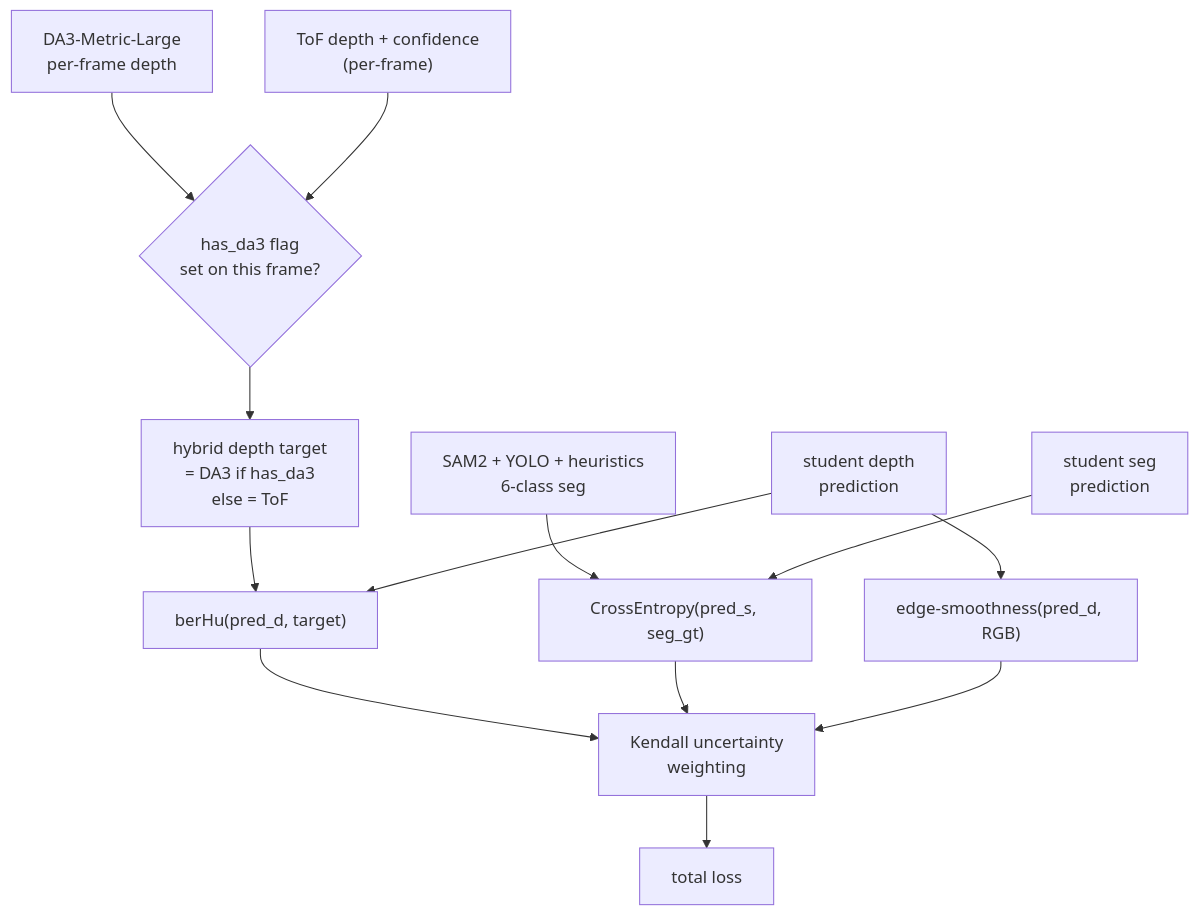
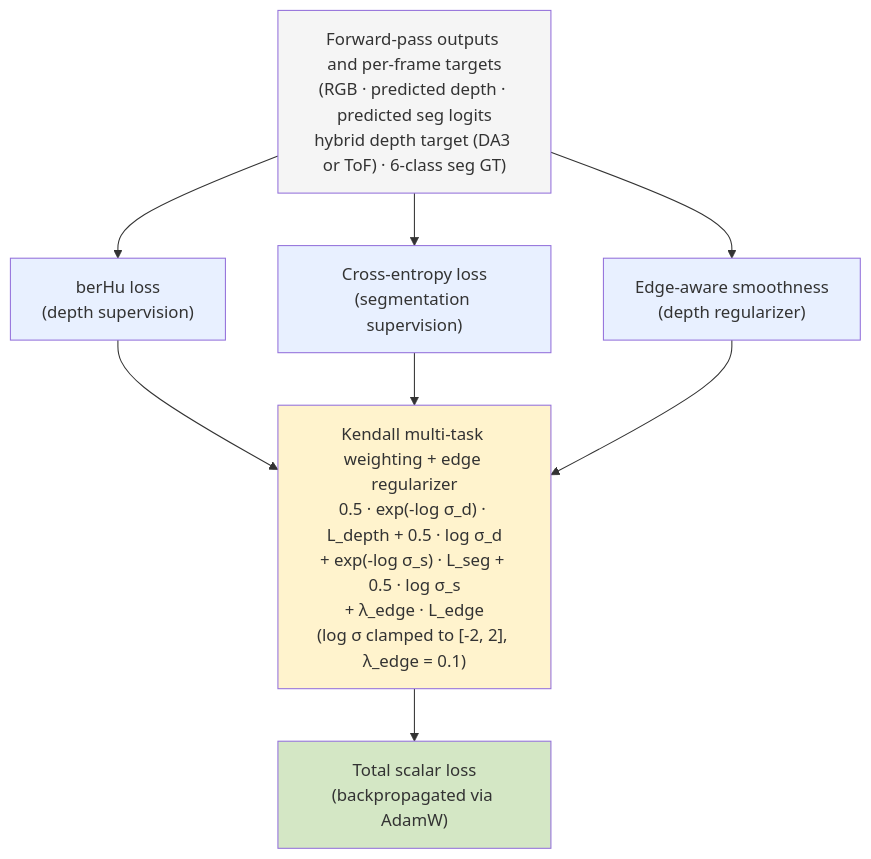
The fourth of 4 diagrams in docs/architecture.md (Nishant-ZFYII/ml_inference), drawn with Mermaid before and after one commit. The commit also changed other lines of this file and 6 other files, not shown here.

```diff
--- a/docs/architecture.md
+++ b/docs/architecture.md
@@ -166,32 +136,23 @@
 <div class="mermaid">
 flowchart TB
-    DA3["DA3-Metric-Large<br/>per-frame depth"]
-    TOF_GT["ToF depth + confidence<br/>(per-frame)"]
-    SEG_GT["SAM2 + YOLO + heuristics<br/>6-class seg"]
+    INPUTS["Forward-pass outputs and per-frame targets<br/>(RGB · predicted depth · predicted seg logits<br/>hybrid depth target (DA3 or ToF) · 6-class seg GT)"]
 
-    HYB{"has_da3 flag<br/>set on this frame?"}
-    TARGET["hybrid depth target<br/>= DA3 if has_da3<br/>else = ToF"]
+    INPUTS --> BERHU["berHu loss<br/>(depth supervision)"]
+    INPUTS --> CE["Cross-entropy loss<br/>(segmentation supervision)"]
+    INPUTS --> EDGE["Edge-aware smoothness<br/>(depth regularizer)"]
 
-    PRED_D["student depth<br/>prediction"]
-    PRED_S["student seg<br/>prediction"]
+    BERHU --> KENDALL
+    CE --> KENDALL
+    EDGE --> KENDALL
 
-    LD["berHu(pred_d, target)"]
-    LS["CrossEntropy(pred_s, seg_gt)"]
-    LE["edge-smoothness(pred_d, RGB)"]
+    KENDALL["Kendall multi-task weighting + edge regularizer<br/>0.5 · exp(-log σ_d) · L_depth + 0.5 · log σ_d<br/>+ exp(-log σ_s) · L_seg + 0.5 · log σ_s<br/>+ λ_edge · L_edge<br/>(log σ clamped to [-2, 2], λ_edge = 0.1)"]
 
-    KW["Kendall uncertainty<br/>weighting"]
-    LOSS["total loss"]
+    KENDALL --> TOTAL["Total scalar loss<br/>(backpropagated via AdamW)"]
 
-    DA3 --> HYB
-    TOF_GT --> HYB
-    HYB --> TARGET
-    TARGET --> LD
-    PRED_D --> LD
-    PRED_D --> LE
-    SEG_GT --> LS
-    PRED_S --> LS
-    LD --> KW
-    LS --> KW
-    LE --> KW
-    KW --> LOSS
+    style INPUTS fill:#f5f5f5
+    style BERHU fill:#e8f0ff
+    style CE fill:#e8f0ff
+    style EDGE fill:#e8f0ff
+    style KENDALL fill:#fff3cd
+    style TOTAL fill:#d4e7c5
 </div>
```
